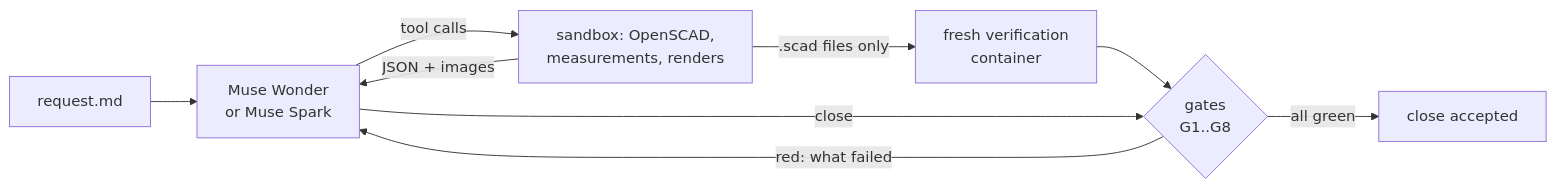
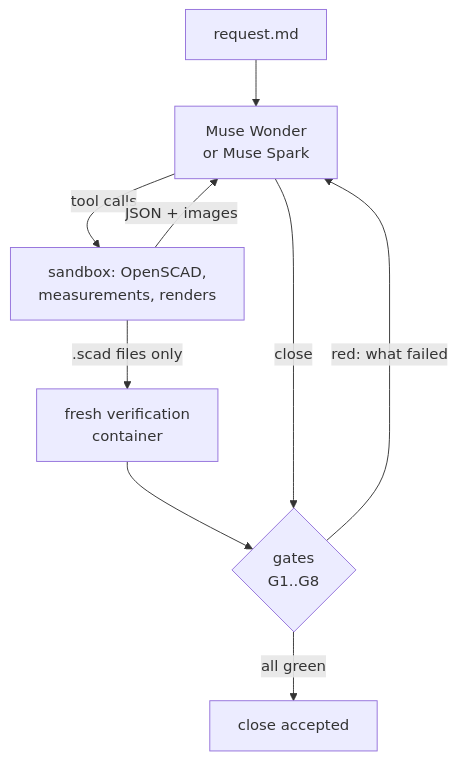
One commit to Juanpighelfi/cadverify-ai changed the diagram in README.md. Above: the diagram before and after it, drawn with Mermaid. The commit also changed other lines of this file and 8 other files, not shown here.

````diff
--- a/README.md
+++ b/README.md
@@ -33,11 +33,11 @@
 ```mermaid
-flowchart LR
+flowchart TD
     request["request.md"] --> model["Muse Wonder<br/>or Muse Spark"]
     model -- "tool calls" --> sandbox["sandbox: OpenSCAD,<br/>measurements, renders"]
     sandbox -- "JSON + images" --> model
     sandbox -- ".scad files only" --> verify["fresh verification<br/>container"]
     verify --> gates{"gates<br/>G1..G8"}
     model -- "close" --> gates
     gates -- "red: what failed" --> model
     gates -- "all green" --> done["close accepted"]
 ```
````
